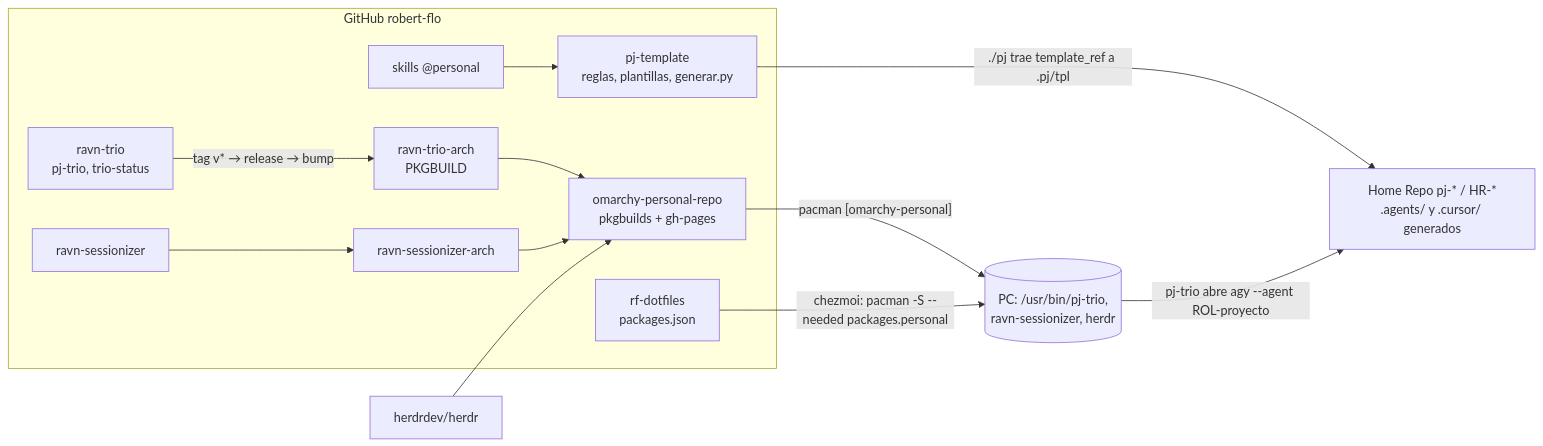
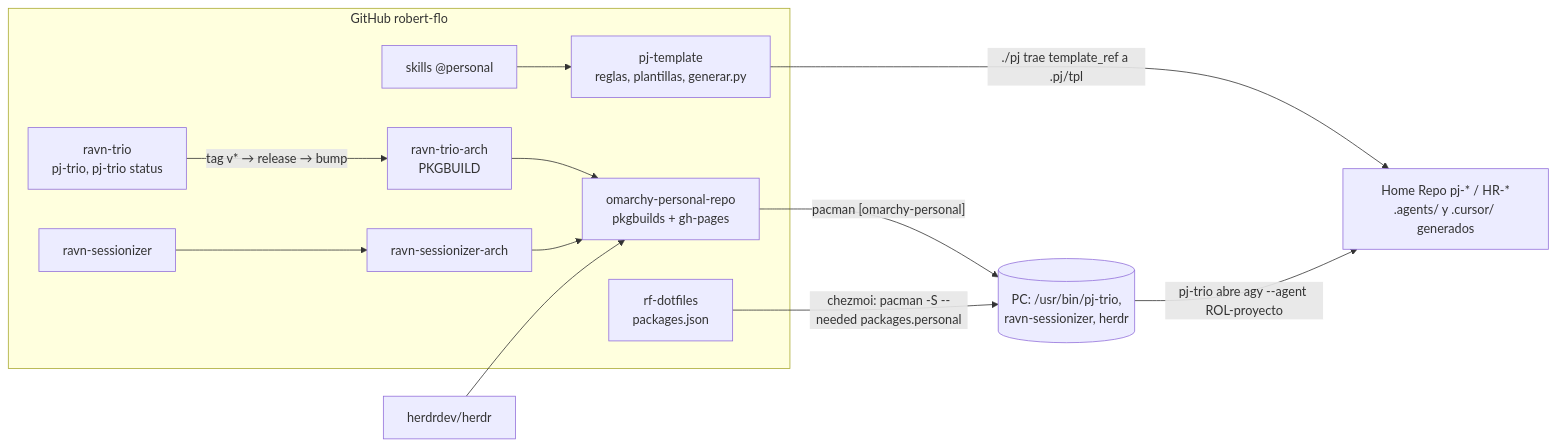
The second of 2 diagrams in 08 - AI Developer Workflows/08.8 - Cómo funciona el trío local (PM-WK-RV, pj-trio, herdr).md (robert-flo/PJ-NIRI-rf-omarchy-workstation), drawn with Mermaid before and after one commit. The commit also changed other lines of this file, not shown here.

Commit message:
docs(08.8): pj-omarchy#27 mergeado, pj-template en 1c9ff73 y pj-trio status en el diagrama

````diff
--- a/08 - AI Developer Workflows/08.8 - Cómo funciona el trío local (PM-WK-RV, pj-trio, herdr).md
+++ b/08 - AI Developer Workflows/08.8 - Cómo funciona el trío local (PM-WK-RV, pj-trio, herdr).md
@@ -201,21 +201,21 @@
 ```mermaid
 flowchart LR
   subgraph GH[GitHub robert-flo]
     TPL[pj-template<br/>reglas, plantillas, generar.py]
     SK[skills @personal]
-    TRIO[ravn-trio<br/>pj-trio, trio-status]
+    TRIO[ravn-trio<br/>pj-trio, pj-trio status]
     TRIOA[ravn-trio-arch<br/>PKGBUILD]
     SES[ravn-sessionizer]
     SESA[ravn-sessionizer-arch]
     OPR[omarchy-personal-repo<br/>pkgbuilds + gh-pages]
     DOT[rf-dotfiles<br/>packages.json]
   end
   SK --> TPL
   TPL -- "./pj trae template_ref a .pj/tpl" --> HR[Home Repo pj-* / HR-*<br/>.agents/ y .cursor/ generados]
   TRIO -- "tag v* → release → bump" --> TRIOA --> OPR
   SES --> SESA --> OPR
   HERDR[herdrdev/herdr] --> OPR
   OPR -- "pacman [omarchy-personal]" --> PC[(PC: /usr/bin/pj-trio,<br/>ravn-sessionizer, herdr)]
   DOT -- "chezmoi: pacman -S --needed packages.personal" --> PC
   PC -- "pj-trio abre agy --agent ROL-proyecto" --> HR
 ```
````
